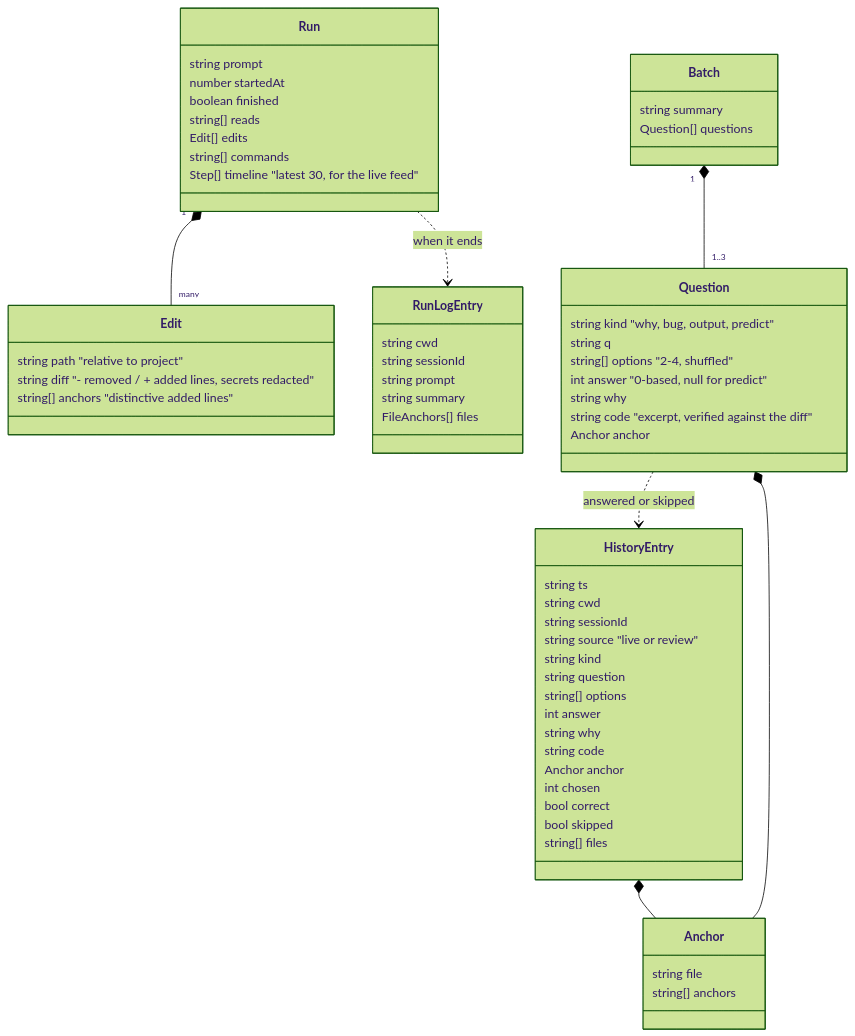
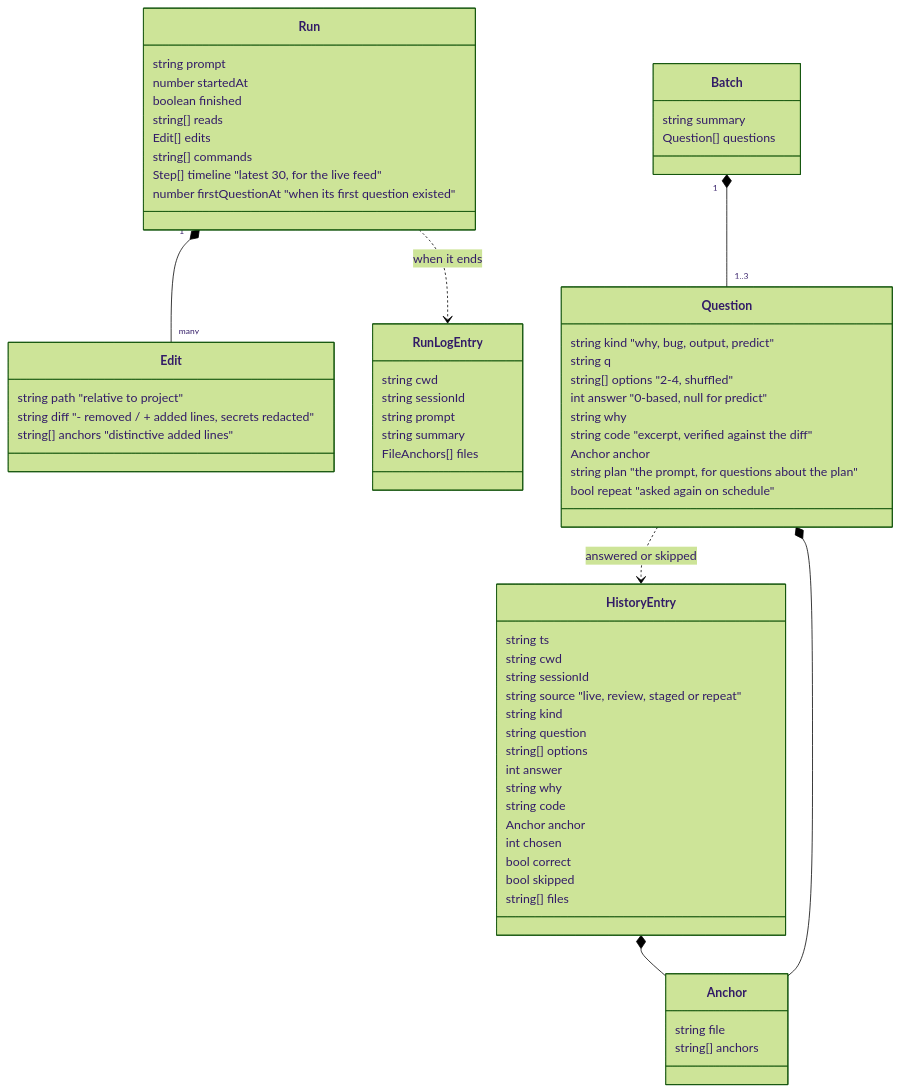
Diagram 11 of 13 in docs/ARCHITECTURE.md (TEJASVISJAIN/hyperfocus), drawn with Mermaid (forest theme) before and after one commit. The commit also changed other lines of this file and 47 other files, not shown here.

````diff
--- a/docs/ARCHITECTURE.md
+++ b/docs/ARCHITECTURE.md
@@ -405,64 +430,67 @@
 ```mermaid
 classDiagram
     class Run {
         string prompt
         number startedAt
         boolean finished
         string[] reads
         Edit[] edits
         string[] commands
         Step[] timeline  "latest 30, for the live feed"
+        number firstQuestionAt  "when its first question existed"
     }
     class Edit {
         string path  "relative to project"
         string diff  "- removed / + added lines, secrets redacted"
         string[] anchors  "distinctive added lines"
     }
     class Batch {
         string summary
         Question[] questions
     }
     class Question {
         string kind  "why, bug, output, predict"
         string q
         string[] options  "2-4, shuffled"
         int answer  "0-based, null for predict"
         string why
         string code  "excerpt, verified against the diff"
         Anchor anchor
+        string plan  "the prompt, for questions about the plan"
+        bool repeat  "asked again on schedule"
     }
     class Anchor {
         string file
         string[] anchors
     }
     class RunLogEntry {
         string cwd
         string sessionId
         string prompt
         string summary
         FileAnchors[] files
     }
     class HistoryEntry {
         string ts
         string cwd
         string sessionId
-        string source  "live or review"
+        string source  "live, review, staged or repeat"
         string kind
         string question
         string[] options
         int answer
         string why
         string code
         Anchor anchor
         int chosen
         bool correct
         bool skipped
         string[] files
     }
     Run "1" *-- "many" Edit
     Batch "1" *-- "1..3" Question
     Question ..> HistoryEntry : answered or skipped
     Question *-- Anchor
     HistoryEntry *-- Anchor
     Run ..> RunLogEntry : when it ends
 ```
````
